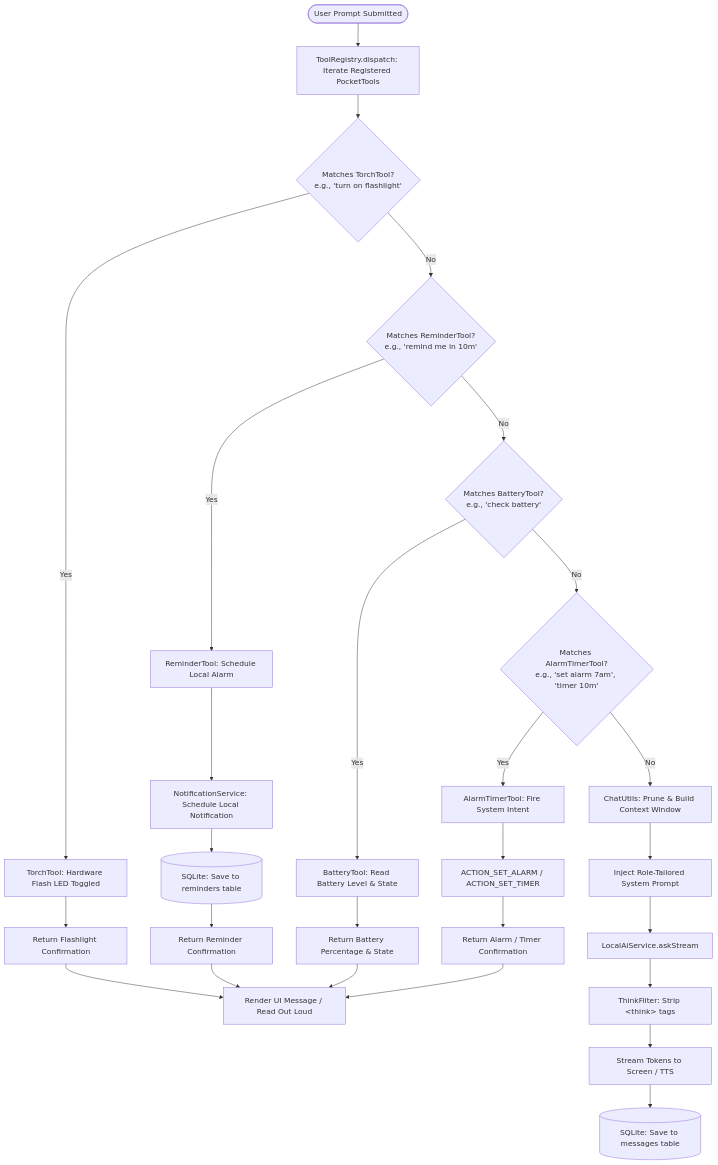
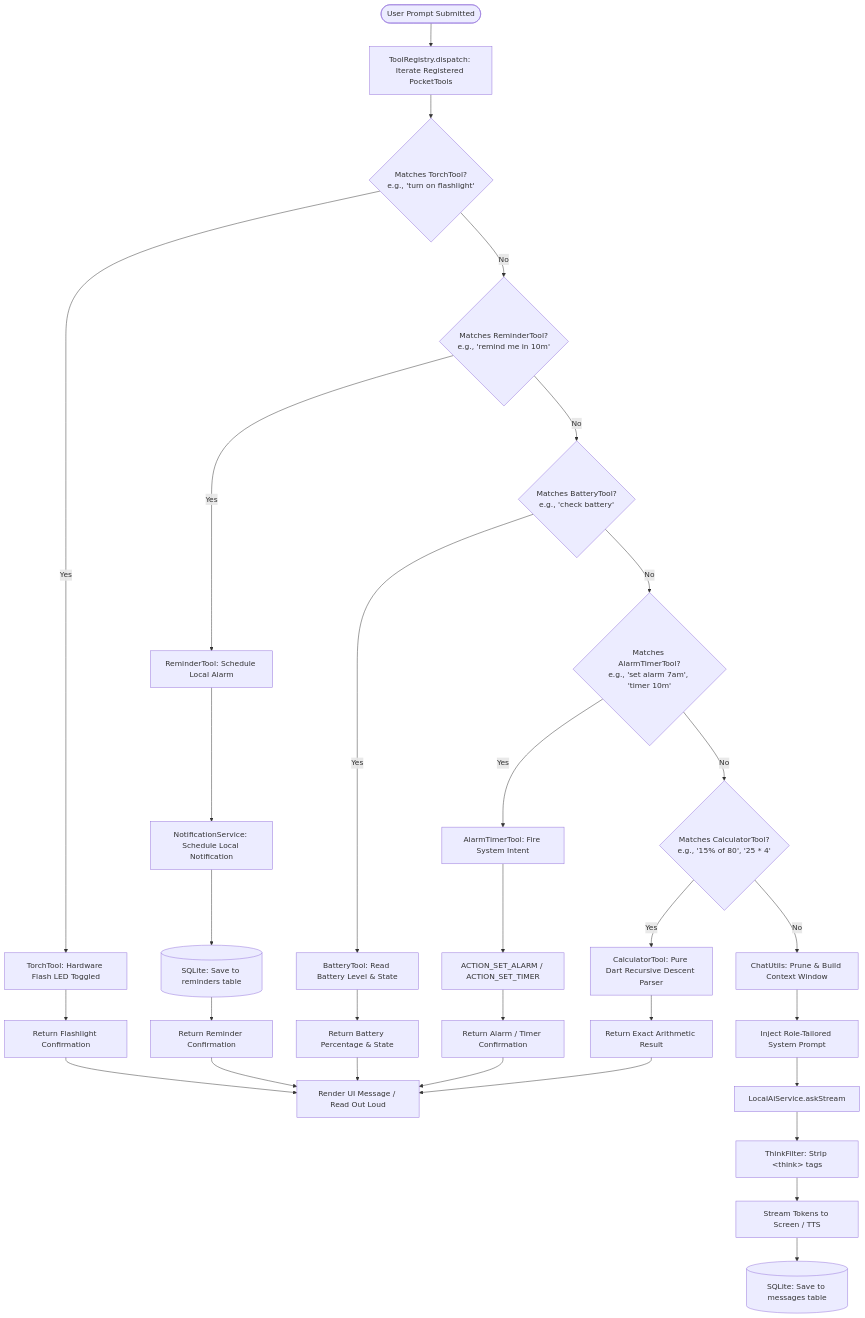
One commit to SubramanyaKS/PocketAI changed the third of 5 diagrams in docs/architecture.md. Above: the diagram before and after it, drawn with Mermaid. The commit also changed other lines of this file and 6 other files, not shown here.

Commit message:
added calculator tool

````diff
--- a/docs/architecture.md
+++ b/docs/architecture.md
@@ -146,34 +148,39 @@
 ```mermaid
 flowchart TD
     Input([User Prompt Submitted]) --> Dispatch[ToolRegistry.dispatch: Iterate Registered PocketTools]
     
     Dispatch --> CheckTorch{Matches TorchTool?<br/>e.g., 'turn on flashlight'}
     CheckTorch -- Yes --> ExecTorch[TorchTool: Hardware Flash LED Toggled]
     ExecTorch --> ReturnTorchReply[Return Flashlight Confirmation]
     ReturnTorchReply --> DisplayBubble[Render UI Message / Read Out Loud]
 
     CheckTorch -- No --> CheckReminder{Matches ReminderTool?<br/>e.g., 'remind me in 10m'}
     CheckReminder -- Yes --> ExecReminder[ReminderTool: Schedule Local Alarm]
     ExecReminder --> SchedNotif[NotificationService: Schedule Local Notification]
     SchedNotif --> SaveRemindDB[(SQLite: Save to reminders table)]
     SaveRemindDB --> ReturnRemindReply[Return Reminder Confirmation]
     ReturnRemindReply --> DisplayBubble
 
     CheckReminder -- No --> CheckBattery{Matches BatteryTool?<br/>e.g., 'check battery'}
     CheckBattery -- Yes --> ExecBattery[BatteryTool: Read Battery Level & State]
     ExecBattery --> ReturnBatReply[Return Battery Percentage & State]
     ReturnBatReply --> DisplayBubble
 
     CheckBattery -- No --> CheckAlarm{Matches AlarmTimerTool?<br/>e.g., 'set alarm 7am', 'timer 10m'}
     CheckAlarm -- Yes --> ExecAlarm[AlarmTimerTool: Fire System Intent]
     ExecAlarm --> ClockAppAction[ACTION_SET_ALARM / ACTION_SET_TIMER]
     ClockAppAction --> ReturnAlarmReply[Return Alarm / Timer Confirmation]
     ReturnAlarmReply --> DisplayBubble
 
-    CheckAlarm -- No --> FormatContext[ChatUtils: Prune & Build Context Window]
+    CheckAlarm -- No --> CheckCalc{Matches CalculatorTool?<br/>e.g., '15% of 80', '25 * 4'}
+    CheckCalc -- Yes --> ExecCalc[CalculatorTool: Pure Dart Recursive Descent Parser]
+    ExecCalc --> ReturnCalcReply[Return Exact Arithmetic Result]
+    ReturnCalcReply --> DisplayBubble
+
+    CheckCalc -- No --> FormatContext[ChatUtils: Prune & Build Context Window]
     FormatContext --> SystemPrompt[Inject Role-Tailored System Prompt]
     SystemPrompt --> StreamGen[LocalAiService.askStream]
     StreamGen --> Filter[ThinkFilter: Strip &lt;think&gt; tags]
     Filter --> RenderChunk[Stream Tokens to Screen / TTS]
     RenderChunk --> SaveChatDB[(SQLite: Save to messages table)]
 ```
````
